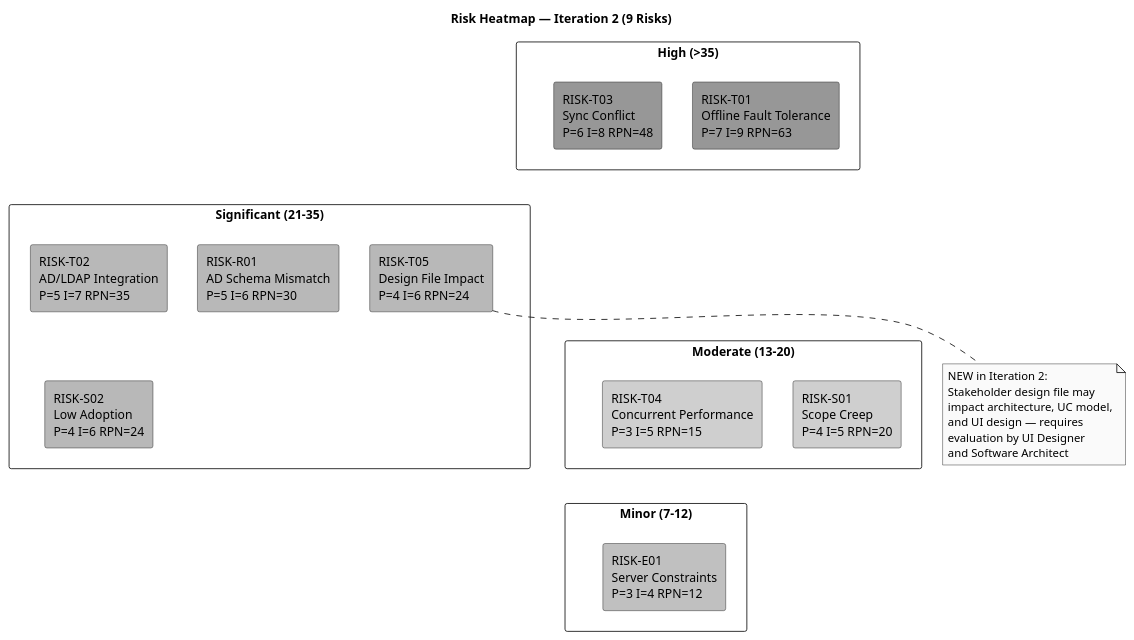
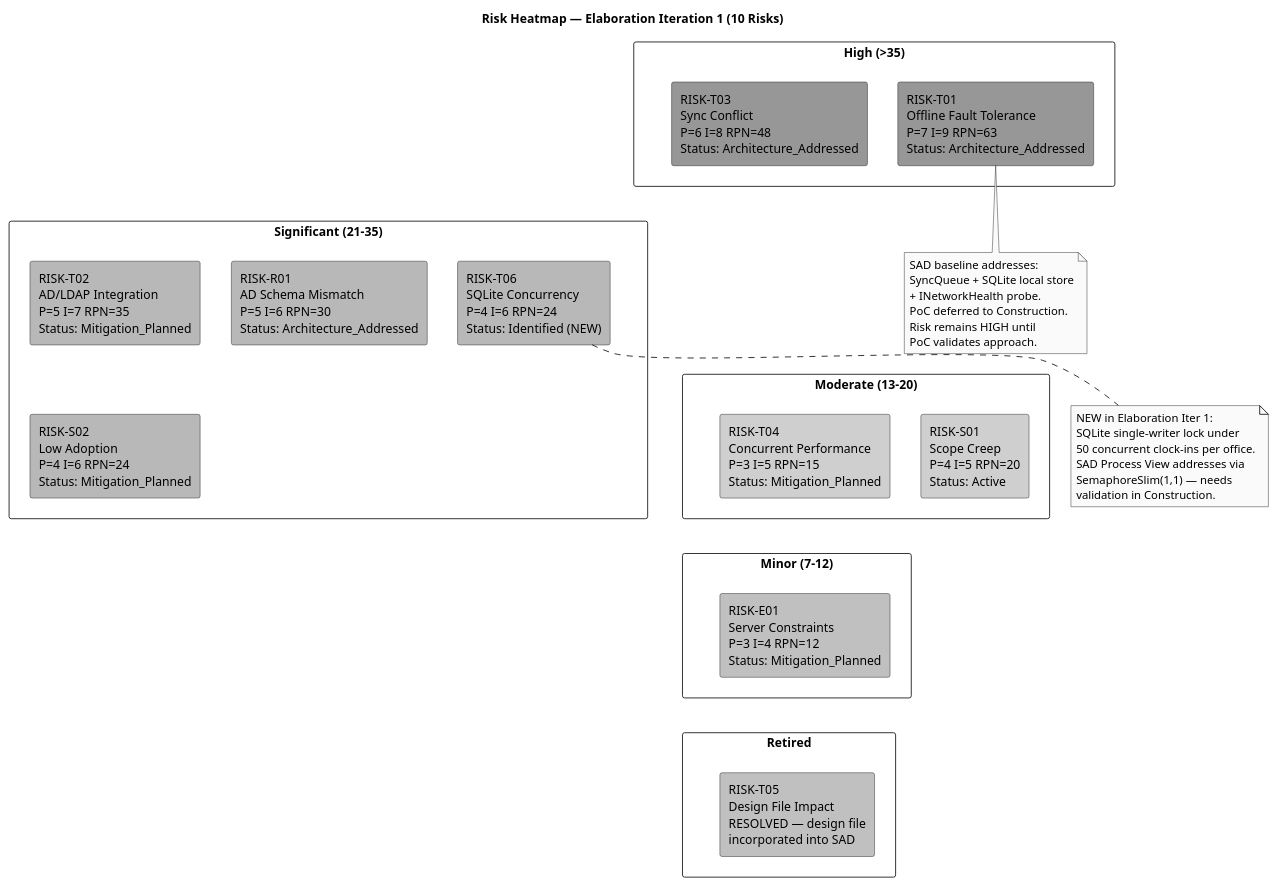
The second of 3 diagrams in docs/artifacts/project-management/risk-list.md (banense-test/demo-janke-lab), drawn with PlantUML before and after one commit. The commit also changed other lines of this file, not shown here.

First line of the commit message:
Project Manager [E1]: upsert Risk List

````diff
--- a/docs/artifacts/project-management/risk-list.md
+++ b/docs/artifacts/project-management/risk-list.md
@@ -104,41 +112,55 @@
 ```plantuml
 @startuml
-title Risk Heatmap — Iteration 2 (9 Risks)
+title Risk Heatmap — Elaboration Iteration 1 (10 Risks)
 
 skinparam monochrome true
 
 rectangle "High (>35)" as High {
-  rectangle "RISK-T01\nOffline Fault Tolerance\nP=7 I=9 RPN=63" as T01 #FF6B6B
-  rectangle "RISK-T03\nSync Conflict\nP=6 I=8 RPN=48" as T03 #FF6B6B
+  rectangle "RISK-T01\nOffline Fault Tolerance\nP=7 I=9 RPN=63\nStatus: Architecture_Addressed" as T01 #FF6B6B
+  rectangle "RISK-T03\nSync Conflict\nP=6 I=8 RPN=48\nStatus: Architecture_Addressed" as T03 #FF6B6B
 }
 
 rectangle "Significant (21-35)" as Sig {
-  rectangle "RISK-T02\nAD/LDAP Integration\nP=5 I=7 RPN=35" as T02 #FFA94D
-  rectangle "RISK-R01\nAD Schema Mismatch\nP=5 I=6 RPN=30" as R01 #FFA94D
-  rectangle "RISK-S02\nLow Adoption\nP=4 I=6 RPN=24" as S02 #FFA94D
-  rectangle "RISK-T05\nDesign File Impact\nP=4 I=6 RPN=24" as T05 #FFA94D
+  rectangle "RISK-T02\nAD/LDAP Integration\nP=5 I=7 RPN=35\nStatus: Mitigation_Planned" as T02 #FFA94D
+  rectangle "RISK-R01\nAD Schema Mismatch\nP=5 I=6 RPN=30\nStatus: Architecture_Addressed" as R01 #FFA94D
+  rectangle "RISK-S02\nLow Adoption\nP=4 I=6 RPN=24\nStatus: Mitigation_Planned" as S02 #FFA94D
+  rectangle "RISK-T06\nSQLite Concurrency\nP=4 I=6 RPN=24\nStatus: Identified (NEW)" as T06 #FFA94D
 }
 
 rectangle "Moderate (13-20)" as Mod {
-  rectangle "RISK-S01\nScope Creep\nP=4 I=5 RPN=20" as S01 #FFD43B
-  rectangle "RISK-T04\nConcurrent Performance\nP=3 I=5 RPN=15" as T04 #FFD43B
+  rectangle "RISK-S01\nScope Creep\nP=4 I=5 RPN=20\nStatus: Active" as S01 #FFD43B
+  rectangle "RISK-T04\nConcurrent Performance\nP=3 I=5 RPN=15\nStatus: Mitigation_Planned" as T04 #FFD43B
 }
 
 rectangle "Minor (7-12)" as Min {
-  rectangle "RISK-E01\nServer Constraints\nP=3 I=4 RPN=12" as E01 #A9E34B
+  rectangle "RISK-E01\nServer Constraints\nP=3 I=4 RPN=12\nStatus: Mitigation_Planned" as E01 #A9E34B
+}
+
+rectangle "Retired" as Ret {
+  rectangle "RISK-T05\nDesign File Impact\nRESOLVED — design file\nincorporated into SAD" as T05 #C0C0C0
 }
 
 High -[hidden]-> Sig
 Sig -[hidden]-> Mod
 Mod -[hidden]-> Min
+Min -[hidden]-> Ret
 
-note bottom of T05
-  NEW in Iteration 2:
-  Stakeholder design file may
-  impact architecture, UC model,
-  and UI design — requires
-  evaluation by UI Designer
-  and Software Architect
+note bottom of T01
+  SAD baseline addresses:
+  SyncQueue + SQLite local store
+  + INetworkHealth probe.
+  PoC deferred to Construction.
+  Risk remains HIGH until
+  PoC validates approach.
+end note
+
+note bottom of T06
+  NEW in Elaboration Iter 1:
+  SQLite single-writer lock under
+  50 concurrent clock-ins per office.
+  SAD Process View addresses via
+  SemaphoreSlim(1,1) — needs
+  validation in Construction.
 end note
 @enduml
 ```
````
